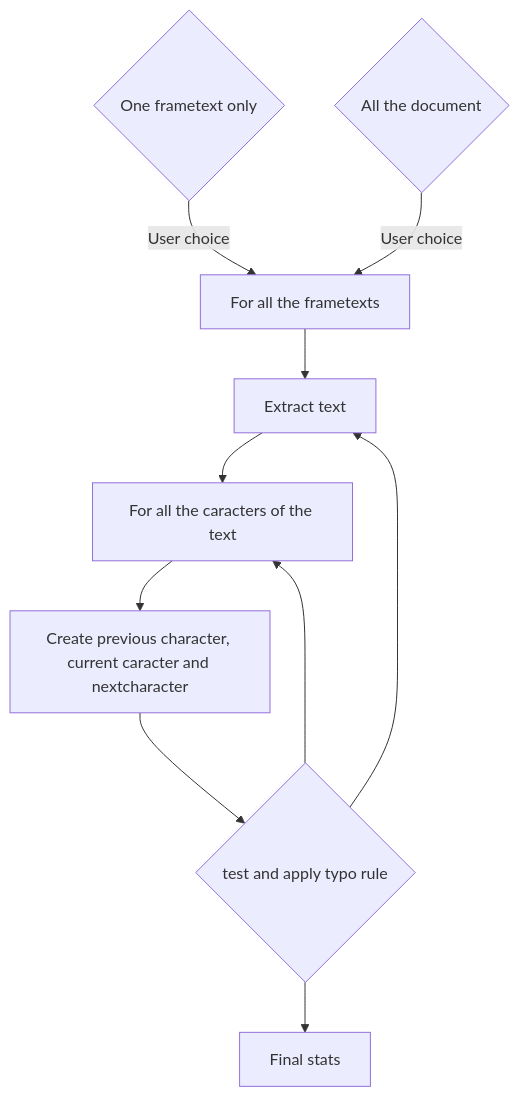
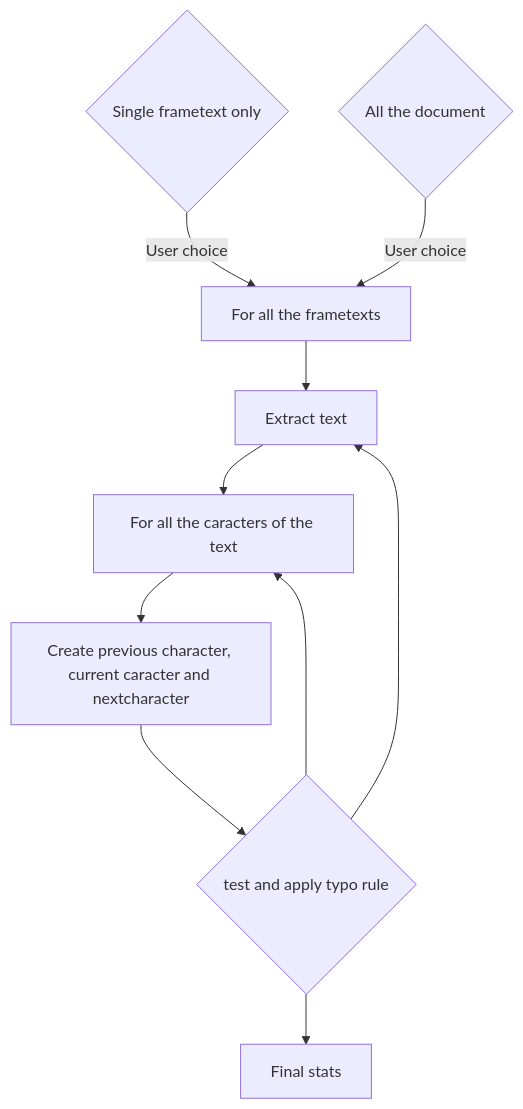
The diagram in typo/README_dev.md (patricekaratchentzeff/Scribus), drawn with Mermaid before and after one commit. The commit also changed other lines of this file, not shown here.

````diff
--- a/typo/README_dev.md
+++ b/typo/README_dev.md
@@ -15,12 +15,12 @@
 ```mermaid
 flowchart TD;
-	A{One frametext only}-->|User choice|C[For all the frametexts];
+	A{Single frametext only}-->|User choice|C[For all the frametexts];
 	B{All the document}-->|User choice|C[For all the frametexts];
 	C-->D[Extract text];
 	D-->E[For all the caracters of the text];
 	E-->F[Create previous character, current caracter and nextcharacter];
 	F-->G{test and apply typo rule};
 	G-->E;
 	G-->D;
 	G-->H[Final stats]
 ```
````
